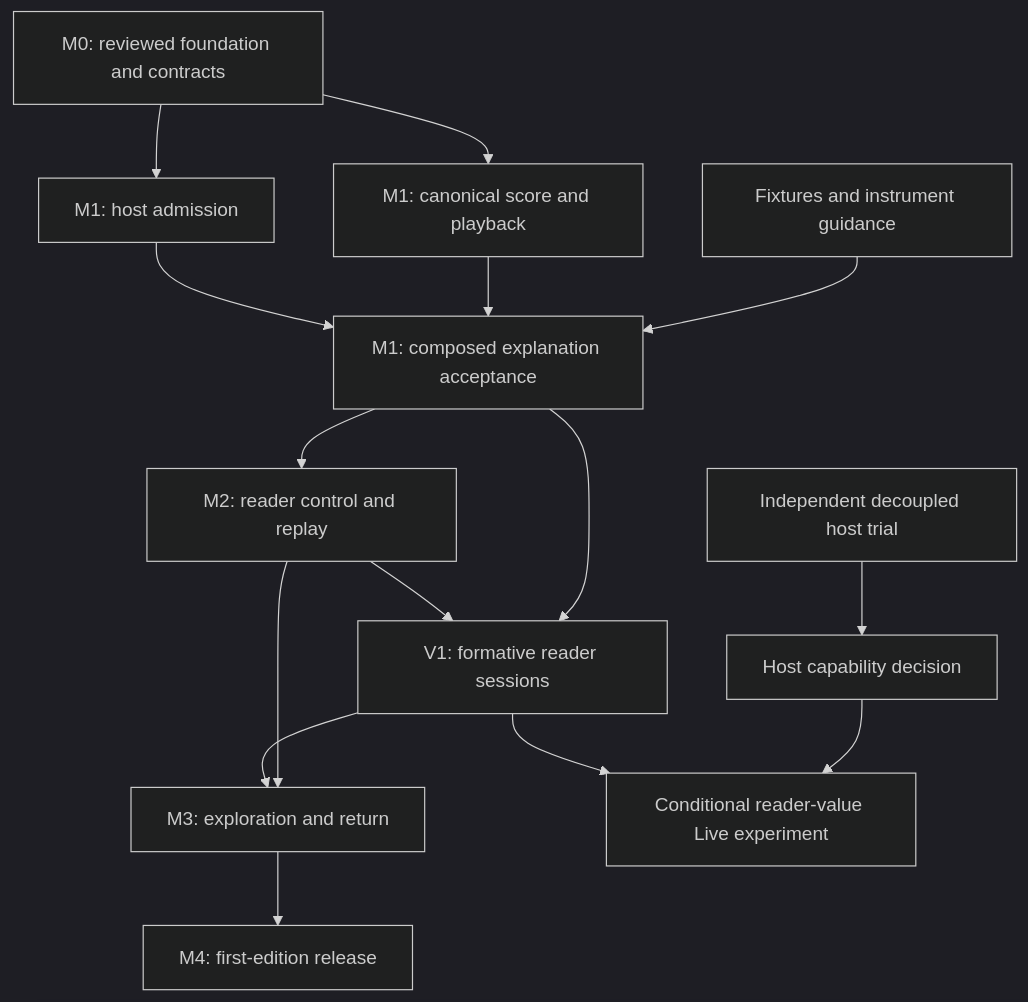
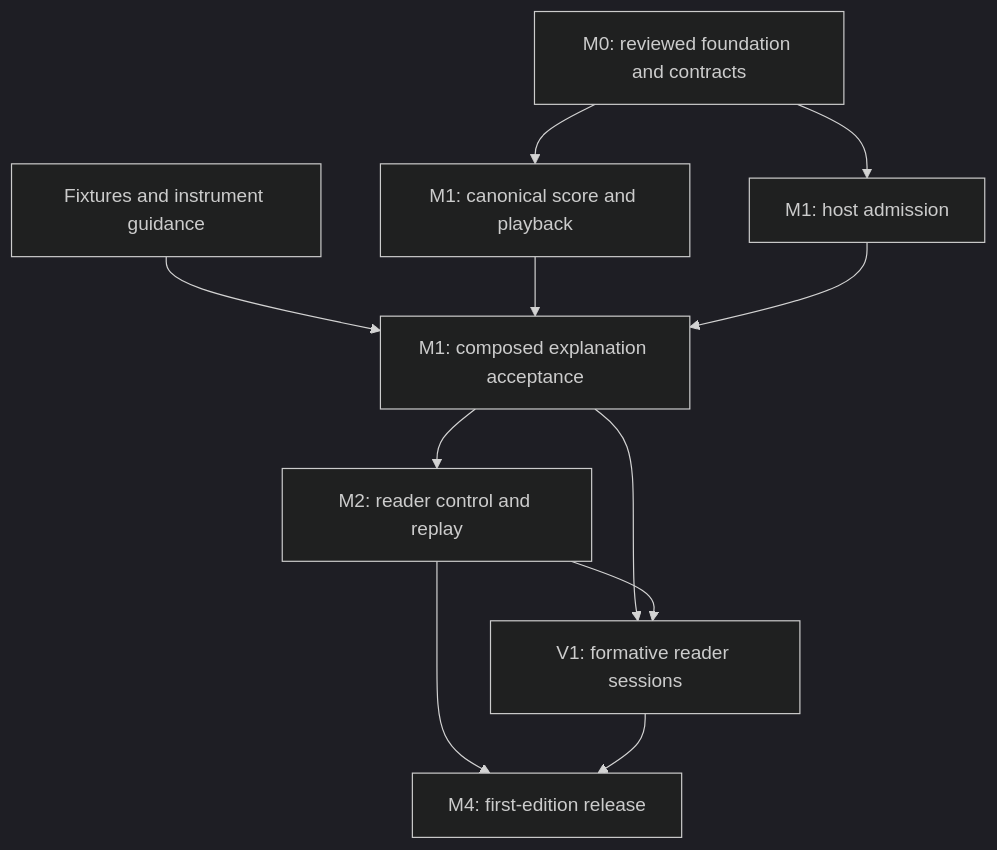
The diagram in docs/COMPOSER-FIRST-ROADMAP.md (SyberLabs/RISE), drawn with Mermaid (dark theme) before and after one commit. The commit also changed other lines of this file and 26 other files, not shown here.

````diff
--- a/docs/COMPOSER-FIRST-ROADMAP.md
+++ b/docs/COMPOSER-FIRST-ROADMAP.md
@@ -148,17 +132,13 @@
 ```mermaid
 flowchart TD
     M0["M0: reviewed foundation and contracts"] --> C["M1: canonical score and playback"]
     M0 --> H["M1: host admission"]
     P["Fixtures and instrument guidance"] --> M1["M1: composed explanation acceptance"]
     C --> M1
     H --> M1
     M1 --> M2["M2: reader control and replay"]
     M1 --> V["V1: formative reader sessions"]
     M2 --> V
-    M2 --> M3["M3: exploration and return"]
-    V --> M3
-    M3 --> M4["M4: first-edition release"]
-    R["Independent decoupled host trial"] --> D["Host capability decision"]
-    D --> L["Conditional reader-value Live experiment"]
-    V --> L
+    M2 --> M4["M4: first-edition release"]
+    V --> M4
 ```
````
